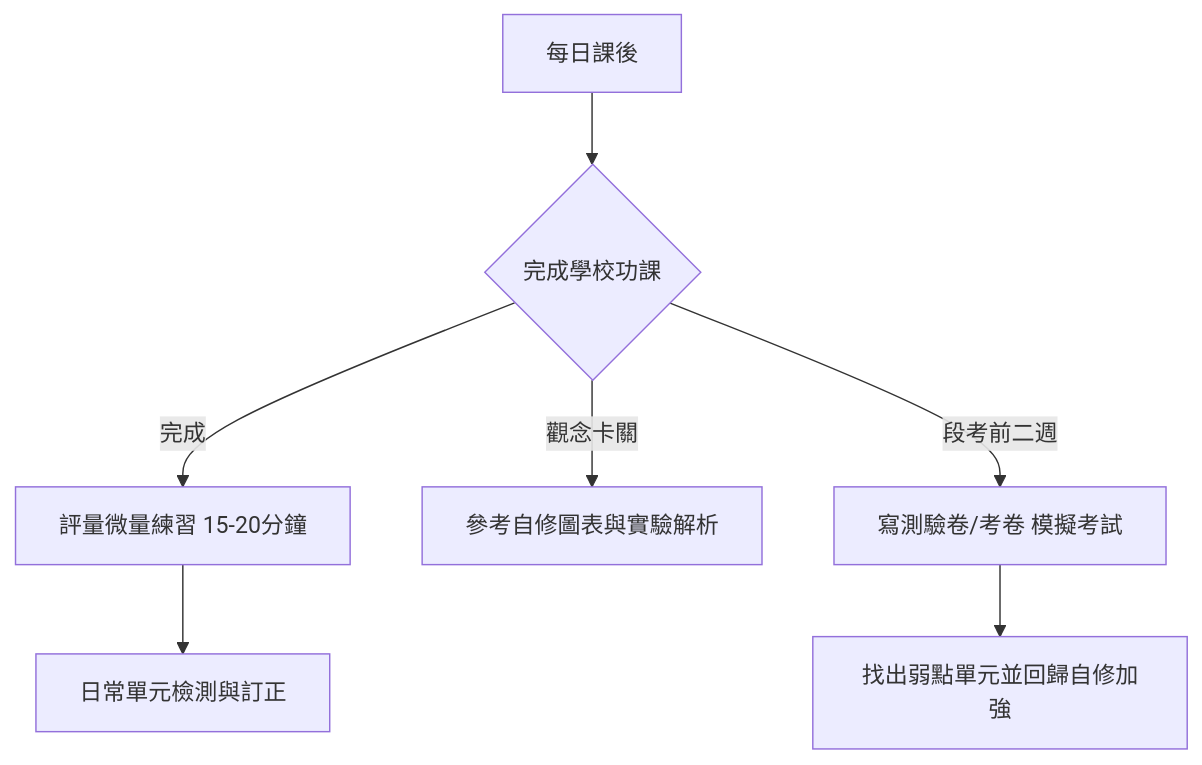
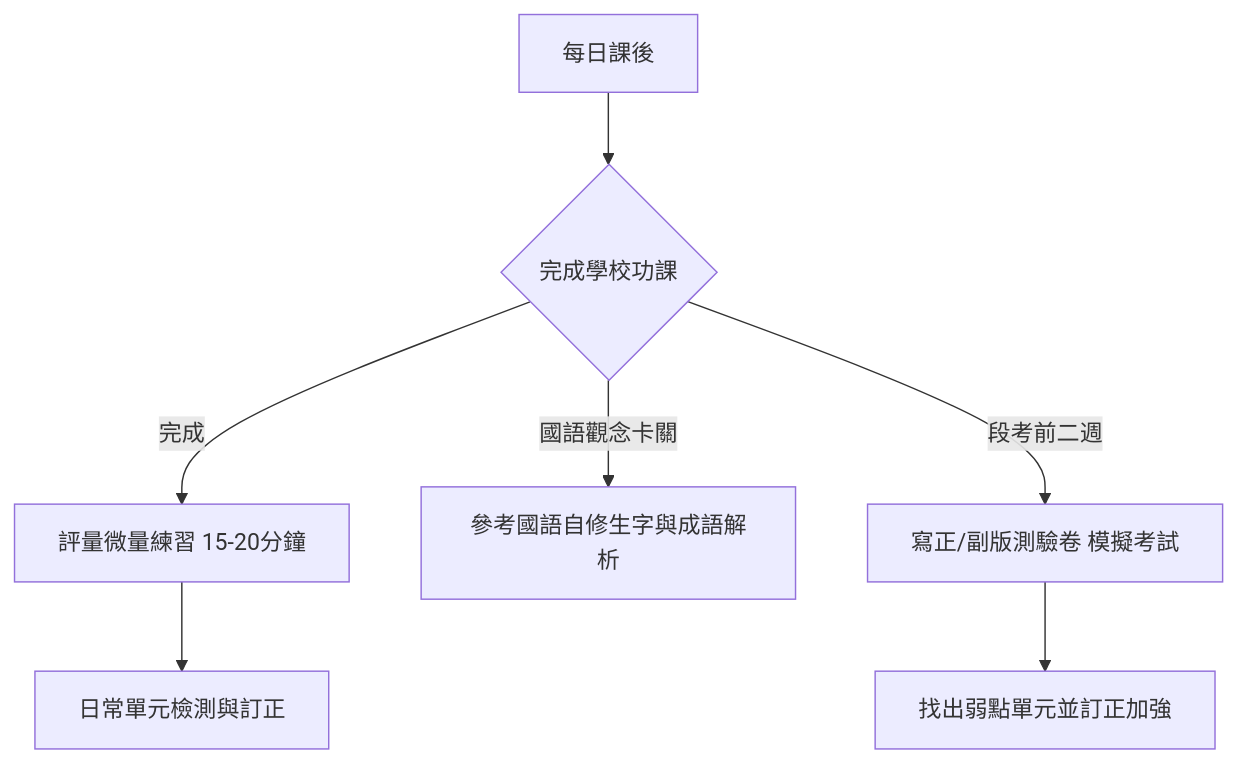
One commit to genius2plus/Iris changed the diagram in 115學年度三年級參考書推薦與規劃.md. Above: the diagram before and after it, drawn with Mermaid. The commit also changed other lines of this file, not shown here.

````diff
--- a/115學年度三年級參考書推薦與規劃.md
+++ b/115學年度三年級參考書推薦與規劃.md
@@ -93,9 +95,9 @@
 ```mermaid
 graph TD
     A[每日課後] --> B{完成學校功課}
     B -->|完成| C[評量微量練習 15-20分鐘]
     C --> D[日常單元檢測與訂正]
-    B -->|觀念卡關| E[參考自修圖表與實驗解析]
-    B -->|段考前二週| F[寫測驗卷/考卷 模擬考試]
-    F --> G[找出弱點單元並回歸自修加強]
+    B -->|國語觀念卡關| E[參考國語自修生字與成語解析]
+    B -->|段考前二週| F[寫正/副版測驗卷 模擬考試]
+    F --> G[找出弱點單元並訂正加強]
 ```
````
